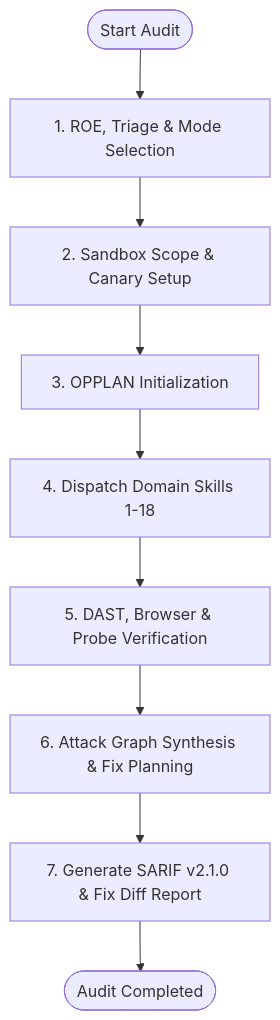
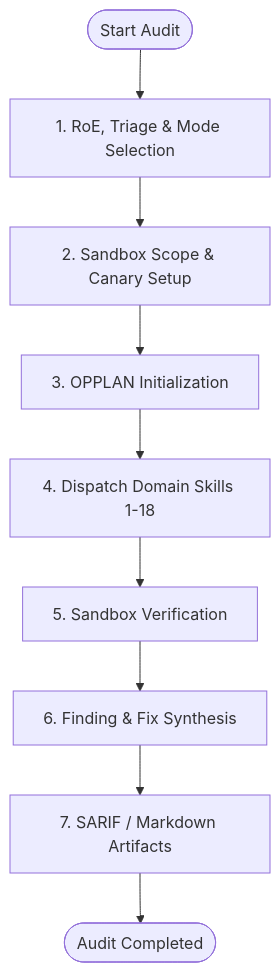
The diagram in skills/security-audit-orchestrator/SKILL.md (Lotargo/security_audit_plugin), drawn with Mermaid before and after one commit. The commit also changed other lines of this file, not shown here.

````diff
--- a/skills/security-audit-orchestrator/SKILL.md
+++ b/skills/security-audit-orchestrator/SKILL.md
@@ -13,11 +13,11 @@
 ```mermaid
 flowchart TD
-    Start([Start Audit]) --> Triage[1. ROE, Triage & Mode Selection]
+    Start([Start Audit]) --> Triage[1. RoE, Triage & Mode Selection]
     Triage --> Scope[2. Sandbox Scope & Canary Setup]
     Scope --> Plan[3. OPPLAN Initialization]
     Plan --> Dispatch[4. Dispatch Domain Skills 1-18]
-    Dispatch --> DAST[5. DAST, Browser & Probe Verification]
-    DAST --> Synthesis[6. Attack Graph Synthesis & Fix Planning]
-    Synthesis --> Report[7. Generate SARIF v2.1.0 & Fix Diff Report]
+    Dispatch --> Verify[5. Sandbox Verification]
+    Verify --> Synthesis[6. Finding & Fix Synthesis]
+    Synthesis --> Report[7. SARIF / Markdown Artifacts]
     Report --> End([Audit Completed])
 ```
````
